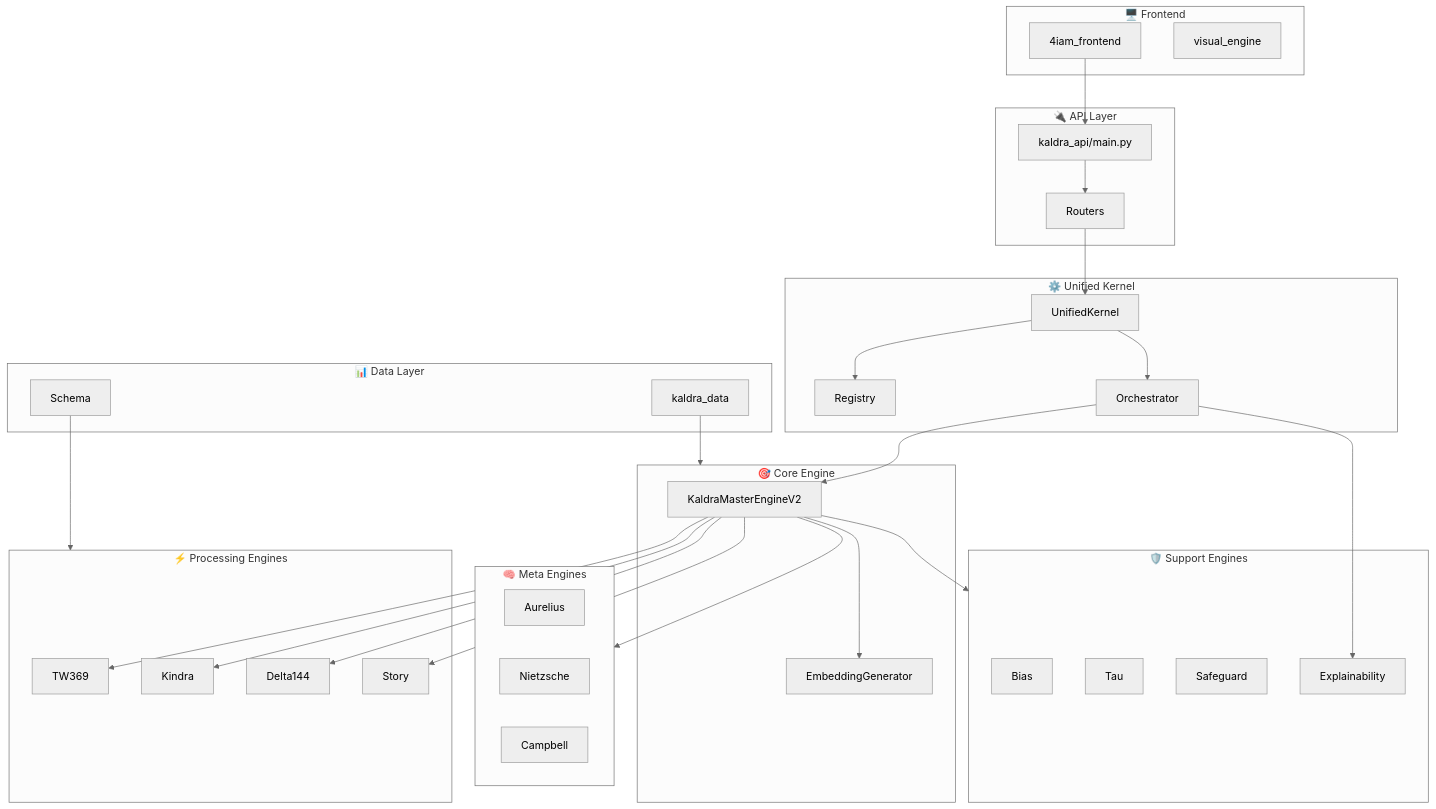
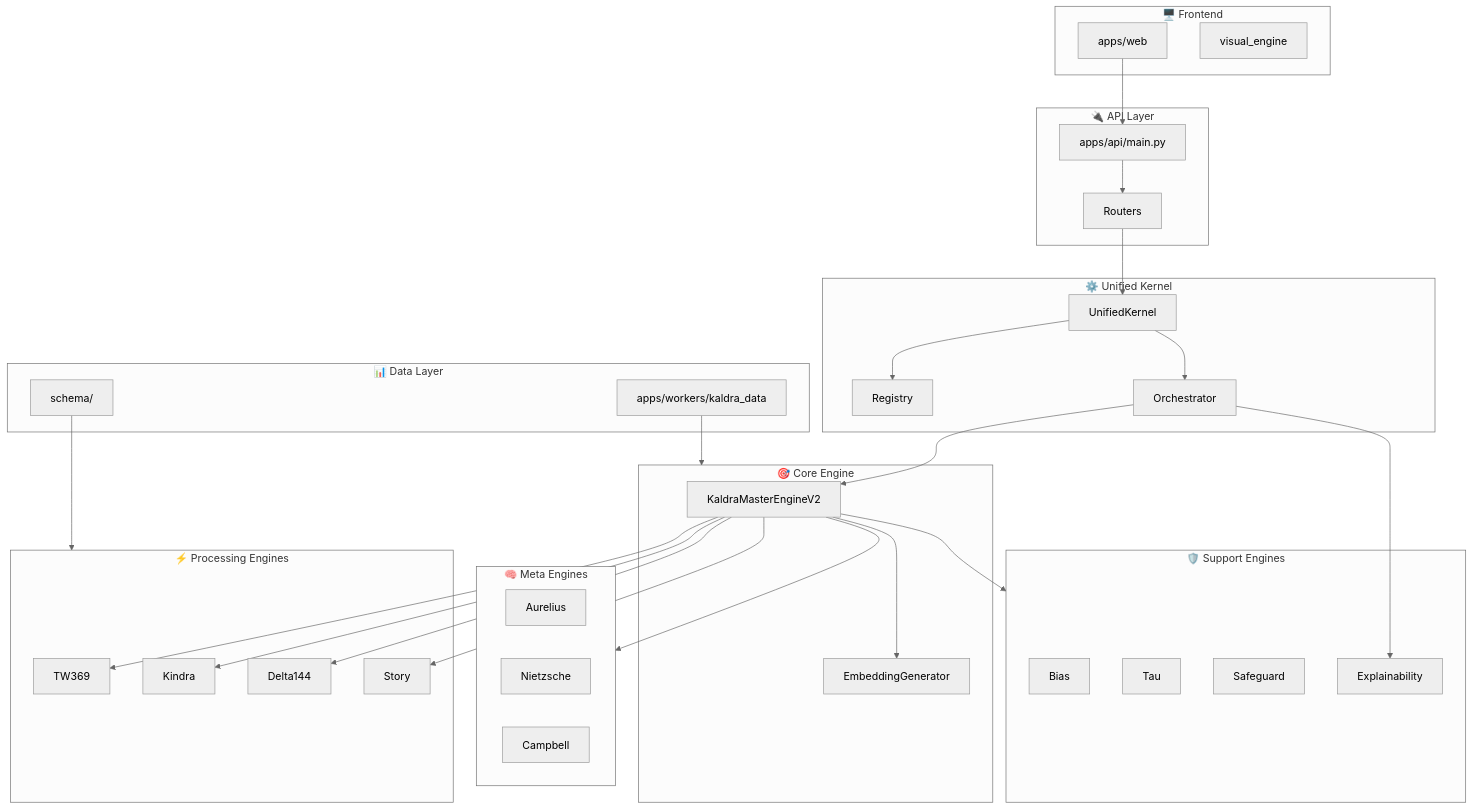
Before and after one commit to Pool-Sync/kaldra_core: the first of 6 diagrams in docs/v2/01_ARCHITECTURE/SYSTEM_OVERVIEW.md, drawn with Mermaid (neutral theme). The commit also changed 5 other files, not shown here.

````diff
--- a/docs/v2/01_ARCHITECTURE/SYSTEM_OVERVIEW.md
+++ b/docs/v2/01_ARCHITECTURE/SYSTEM_OVERVIEW.md
@@ -11,63 +11,63 @@
 ```mermaid
 flowchart TB
     subgraph Frontend["🖥️ Frontend"]
-        4IAM[4iam_frontend]
+        4IAM[apps/web]
         VE[visual_engine]
     end
 
     subgraph API["🔌 API Layer"]
-        MAIN[kaldra_api/main.py]
+        MAIN[apps/api/main.py]
         ROUTERS[Routers]
     end
 
     subgraph Kernel["⚙️ Unified Kernel"]
         UK[UnifiedKernel]
         REG[Registry]
         ORCH[Orchestrator]
     end
 
     subgraph Core["🎯 Core Engine"]
         MASTER[KaldraMasterEngineV2]
         EMB[EmbeddingGenerator]
     end
 
     subgraph Engines["⚡ Processing Engines"]
         TW[TW369]
         KINDRA[Kindra]
         DELTA[Delta144]
         STORY[Story]
     end
 
     subgraph Meta["🧠 Meta Engines"]
         AURELIUS[Aurelius]
         NIETZSCHE[Nietzsche]
         CAMPBELL[Campbell]
     end
 
     subgraph Support["🛡️ Support Engines"]
         BIAS[Bias]
         TAU[Tau]
         SAFE[Safeguard]
         EXPLAIN[Explainability]
     end
 
     subgraph Data["📊 Data Layer"]
-        SCHEMA[Schema]
-        KDATA[kaldra_data]
+        SCHEMA[schema/]
+        KDATA[apps/workers/kaldra_data]
     end
 
     4IAM --> MAIN
     MAIN --> ROUTERS
     ROUTERS --> UK
     UK --> REG
     UK --> ORCH
     ORCH --> MASTER
     MASTER --> EMB
     MASTER --> TW & KINDRA & DELTA
     MASTER --> STORY
     MASTER --> Meta
     MASTER --> Support
     ORCH --> EXPLAIN
     SCHEMA --> Engines
     KDATA --> Core
 ```
````
